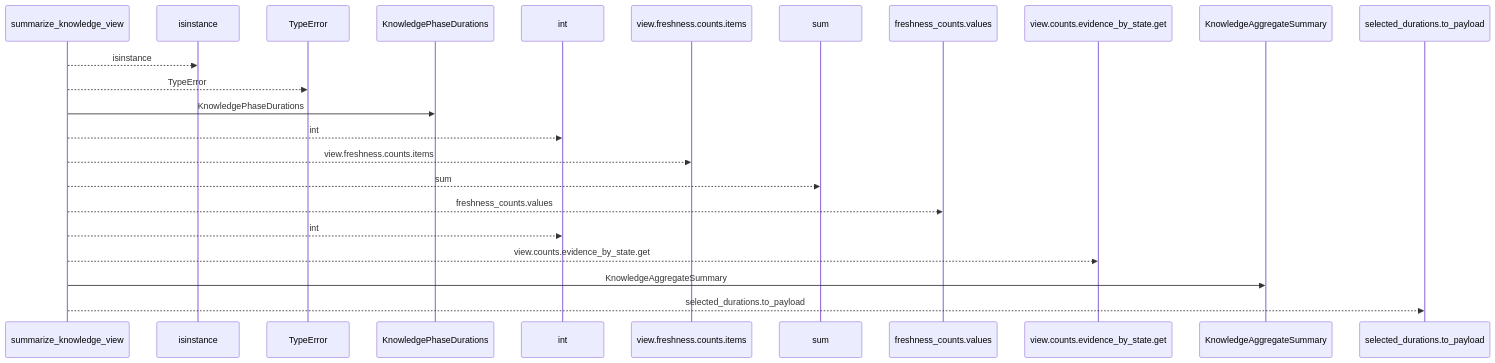
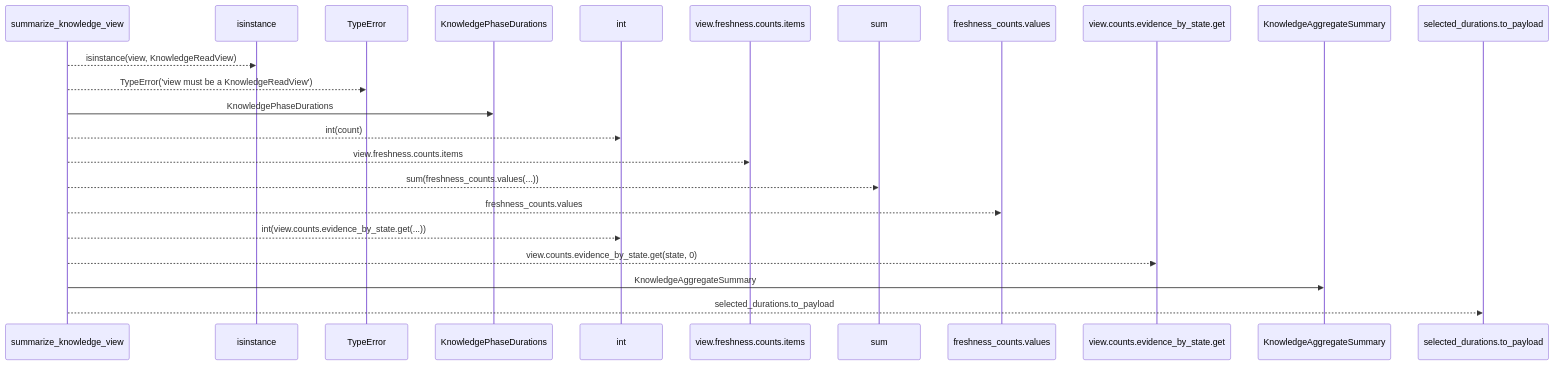
One commit to Denissvgn/python-wiki-llm changed the first of 2 diagrams in docs/llm_wiki/flows/api-summarize_knowledge_view.md. Above: the diagram before and after it, drawn with Mermaid. The commit also changed other lines of this file and 1410 other files, not shown here.

````diff
--- a/docs/llm_wiki/flows/api-summarize_knowledge_view.md
+++ b/docs/llm_wiki/flows/api-summarize_knowledge_view.md
@@ -10,25 +12,25 @@
 ```mermaid
 sequenceDiagram
     participant p0 as summarize_knowledge_view
     participant p1 as isinstance
     participant p2 as TypeError
     participant p3 as KnowledgePhaseDurations
     participant p4 as int
     participant p5 as view.freshness.counts.items
     participant p6 as sum
     participant p7 as freshness_counts.values
     participant p8 as view.counts.evidence_by_state.get
     participant p9 as KnowledgeAggregateSummary
     participant p10 as selected_durations.to_payload
-    p0-->>p1: isinstance
-    p0-->>p2: TypeError
+    p0-->>p1: isinstance(view, KnowledgeReadView)
+    p0-->>p2: TypeError('view must be a KnowledgeReadView')
     p0->>p3: KnowledgePhaseDurations
-    p0-->>p4: int
+    p0-->>p4: int(count)
     p0-->>p5: view.freshness.counts.items
-    p0-->>p6: sum
+    p0-->>p6: sum(freshness_counts.values(...))
     p0-->>p7: freshness_counts.values
-    p0-->>p4: int
-    p0-->>p8: view.counts.evidence_by_state.get
+    p0-->>p4: int(view.counts.evidence_by_state.get(...))
+    p0-->>p8: view.counts.evidence_by_state.get(state, 0)
     p0->>p9: KnowledgeAggregateSummary
     p0-->>p10: selected_durations.to_payload
 ```
````
